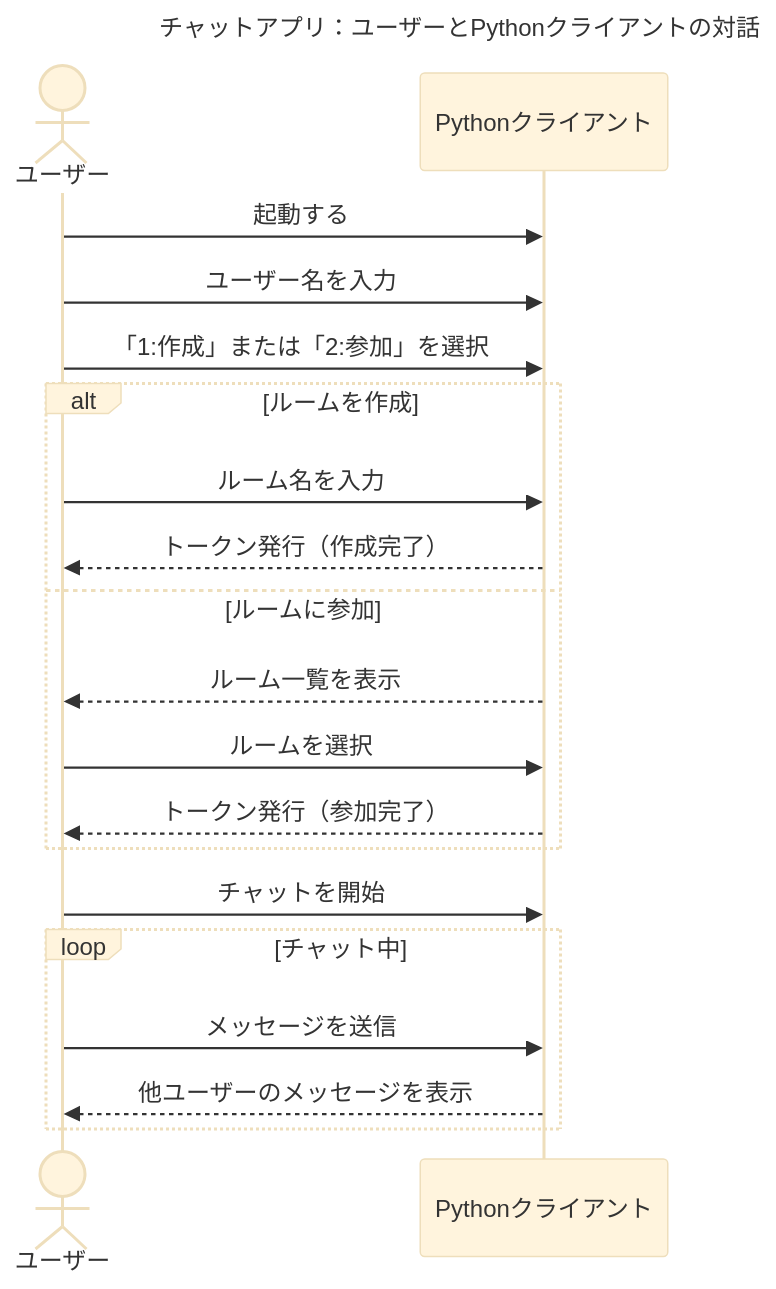
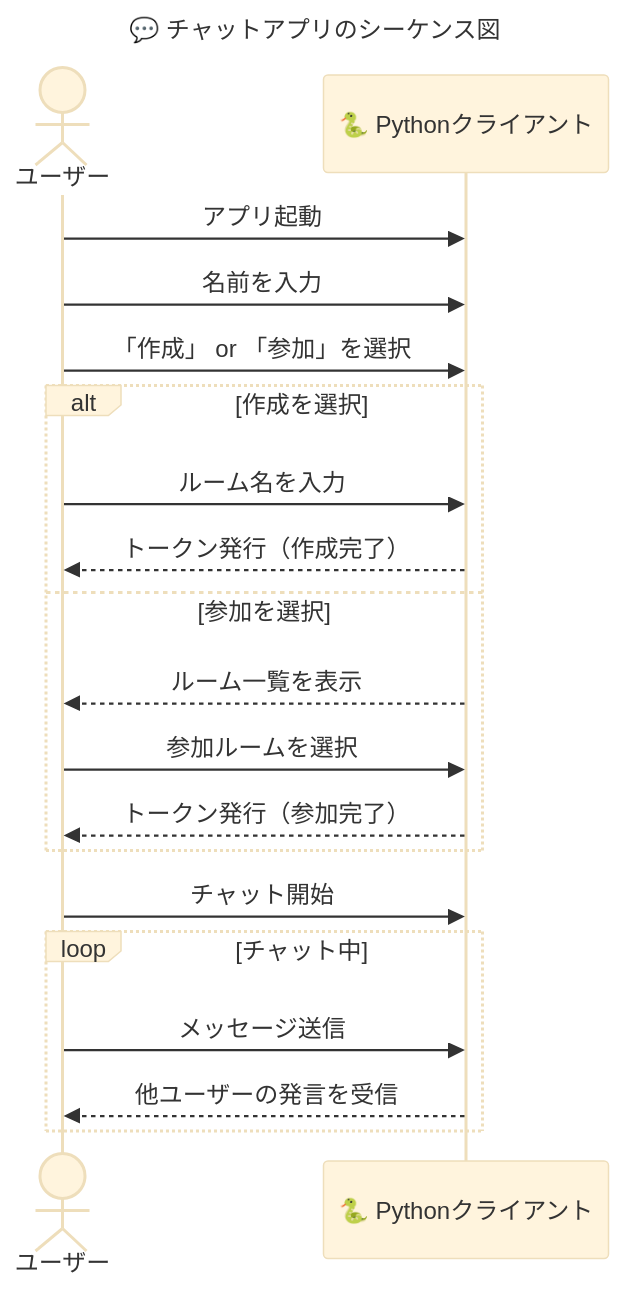
Before and after one commit to BackendExplorer/Tenshin: the first of 2 diagrams in README.md, drawn with Mermaid (base theme).

````diff
--- a/README.md
+++ b/README.md
@@ -1,35 +1,32 @@
 ```mermaid
 sequenceDiagram
-    title チャットアプリ：ユーザーとPythonクライアントの対話
+    title 💬 チャットアプリのシーケンス図
 
     actor ユーザー
-    participant クライアント as Pythonクライアント
+    participant クライアント as 🐍 Pythonクライアント
 
-    %% === 起動フェーズ ===
-    %% --------------------
-    ユーザー->>クライアント: 起動する
-    ユーザー->>クライアント: ユーザー名を入力
-    ユーザー->>クライアント: 「1:作成」または「2:参加」を選択
+    %% 起動
+    ユーザー->>クライアント: アプリ起動
+    ユーザー->>クライアント: 名前を入力
+    ユーザー->>クライアント: 「作成」 or 「参加」を選択
 
-    %% === ルーム選択フェーズ ===
-    %% --------------------------
-    alt ルームを作成
+    %% ルーム処理
+    alt 作成を選択
         ユーザー->>クライアント: ルーム名を入力
         クライアント-->>ユーザー: トークン発行（作成完了）
-    else ルームに参加
+    else 参加を選択
         クライアント-->>ユーザー: ルーム一覧を表示
-        ユーザー->>クライアント: ルームを選択
+        ユーザー->>クライアント: 参加ルームを選択
         クライアント-->>ユーザー: トークン発行（参加完了）
     end
 
-    %% === チャットフェーズ ===
-    %% -----------------------
-    ユーザー->>クライアント: チャットを開始
+    %% チャット開始
+    ユーザー->>クライアント: チャット開始
 
     loop チャット中
-        ユーザー->>クライアント: メッセージを送信
-        クライアント-->>ユーザー: 他ユーザーのメッセージを表示
+        ユーザー->>クライアント: メッセージ送信
+        クライアント-->>ユーザー: 他ユーザーの発言を受信
     end
 
 
 ```
````
